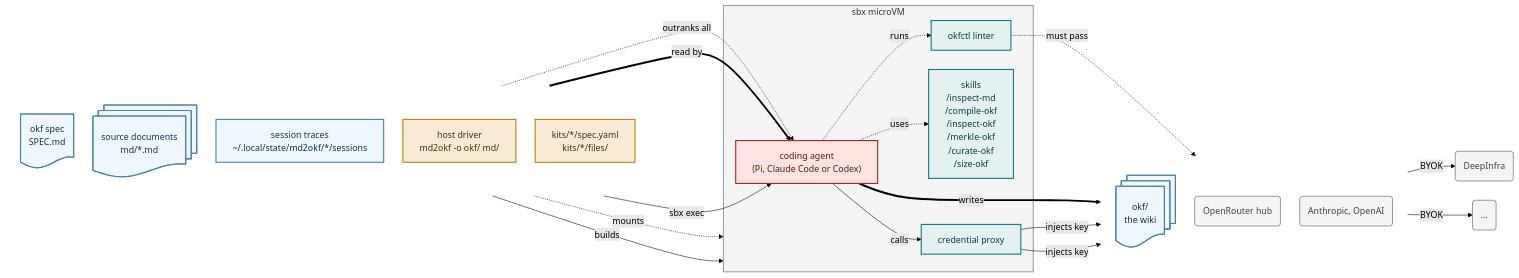
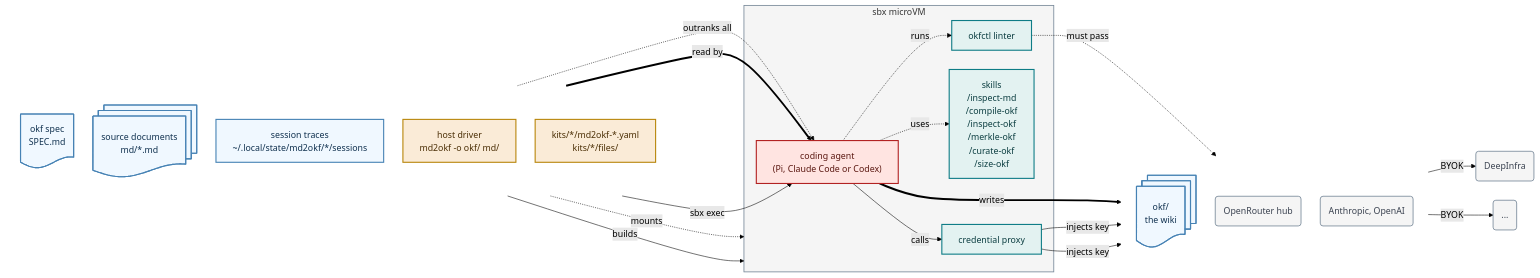
One commit to lars20070/md2okf changed the diagram in README.md. Above: the diagram before and after it, drawn with Mermaid (forest theme). The commit also changed other lines of this file and 76 other files, not shown here.

Commit message:
Upgrade to sbx 0.54.0 and Sandbox Kit schema v3

````diff
--- a/README.md
+++ b/README.md
@@ -23,63 +23,63 @@
 ```mermaid
 ---
 config:
   layout: dagre
   flowchart:
     nodeSpacing: 35
     rankSpacing: 45
 ---
 flowchart LR
   subgraph IN[" "]
     direction TB
     SPEC@{ shape: doc, label: "okf spec<br>SPEC.md"}
     MD@{ shape: docs, label: "source documents<br>md/*.md"}
     STATE["session traces<br/>~/.local/state/md2okf/*/sessions"]
     DRV["host driver<br>md2okf -o okf/ md/"]
-    KIT["kits/*/spec.yaml<br/>kits/*/files/"]
+    KIT["kits/*/md2okf-*.yaml<br/>kits/*/files/"]
   end
 
   subgraph VM["sbx microVM"]
     AGENT["coding agent<br/>(Pi, Claude Code or Codex)"]
     LINT["okfctl linter"]
     TOOLS["skills<br>/inspect-md<br/>/compile-okf<br/>/inspect-okf<br/>/merkle-okf<br/>/curate-okf<br/>/size-okf"]
     PROXY["credential proxy"]
   end
 
   subgraph OUT[" "]
     direction TB
     OKF@{ shape: docs, label: "okf/<br/>the wiki"}
     NET("OpenRouter hub")
     NET3("Anthropic, OpenAI")
   end
   NET1("DeepInfra")
   NET2("...")
 
   SPEC -.->|"outranks all"| AGENT
   MD ==>|"read by"| AGENT
   STATE -.->|"mounts"| VM
   STATE ~~~ AGENT
   DRV -->|"sbx exec"| AGENT
   KIT -->|"builds"| VM
   AGENT -.->|"runs"| LINT
   LINT -.->|"must pass"| OKF
   AGENT ==>|"writes"| OKF
   AGENT -.->|"uses"| TOOLS
   AGENT -->|"calls"| PROXY
   PROXY -->|"injects key"| NET
   PROXY -->|"injects key"| NET3
   NET -->|"BYOK"| NET1 & NET2
 
   classDef data    fill:aliceblue,stroke:steelblue,stroke-width:2px,color:#10314F
   classDef host    fill:antiquewhite,stroke:darkgoldenrod,stroke-width:2px,color:#4A2E05
   classDef helper  fill:#E3F2F1,stroke:#0E7C86,stroke-width:2px,color:#0B3D40
   classDef agent   fill:mistyrose,stroke:firebrick,stroke-width:2px,color:#5A1710
   classDef ext     fill:whitesmoke,stroke:lightslategray,stroke-width:1.5px,color:#3A4250
   class MD,SPEC,STATE,OKF data
   class KIT,DRV host
   class TOOLS,LINT,PROXY helper
   class AGENT agent
   class NET,NET3,NET1,NET2 ext
   style VM fill:whitesmoke,stroke:lightslategray,stroke-width:1.5px
   style IN fill:none,stroke:none
   style OUT fill:none,stroke:none
 ```
````
